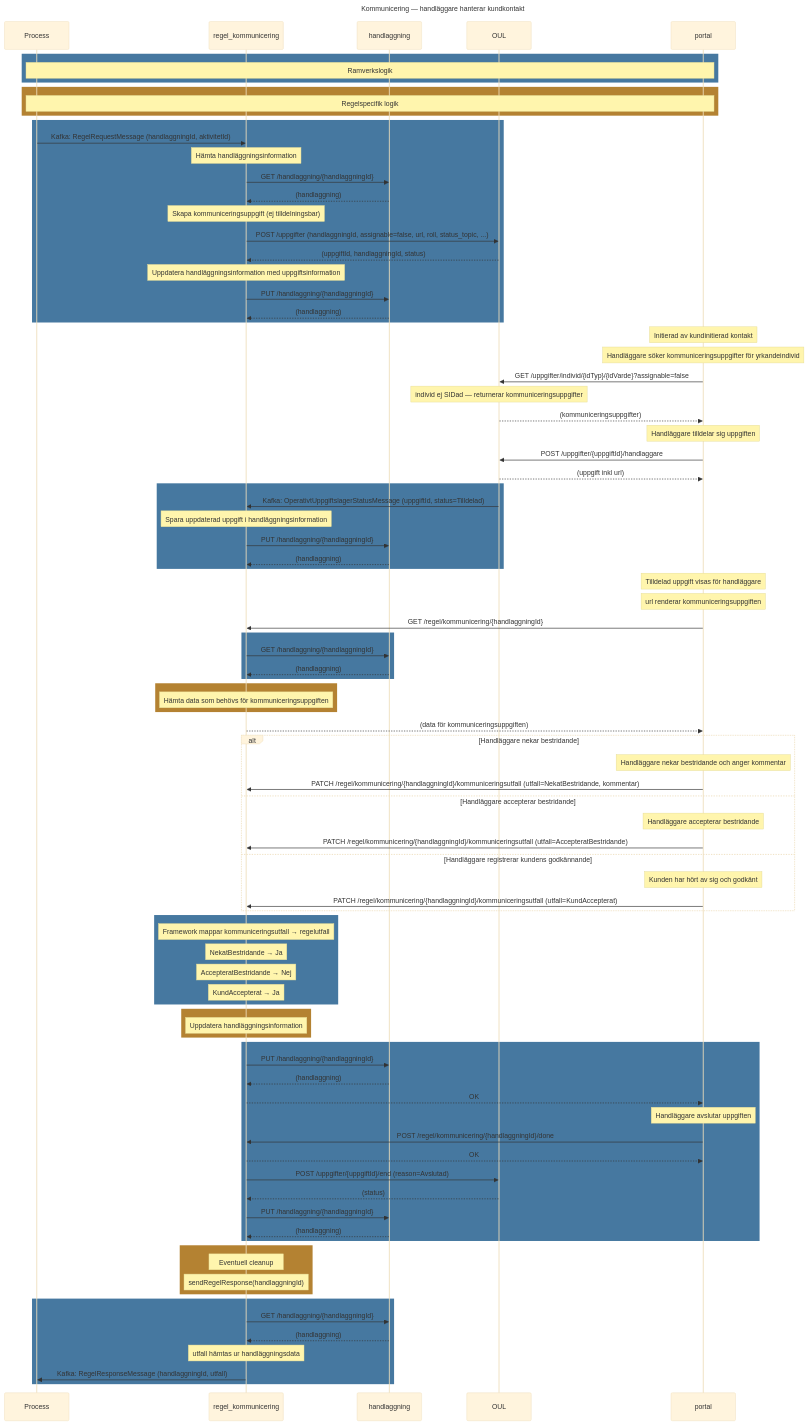
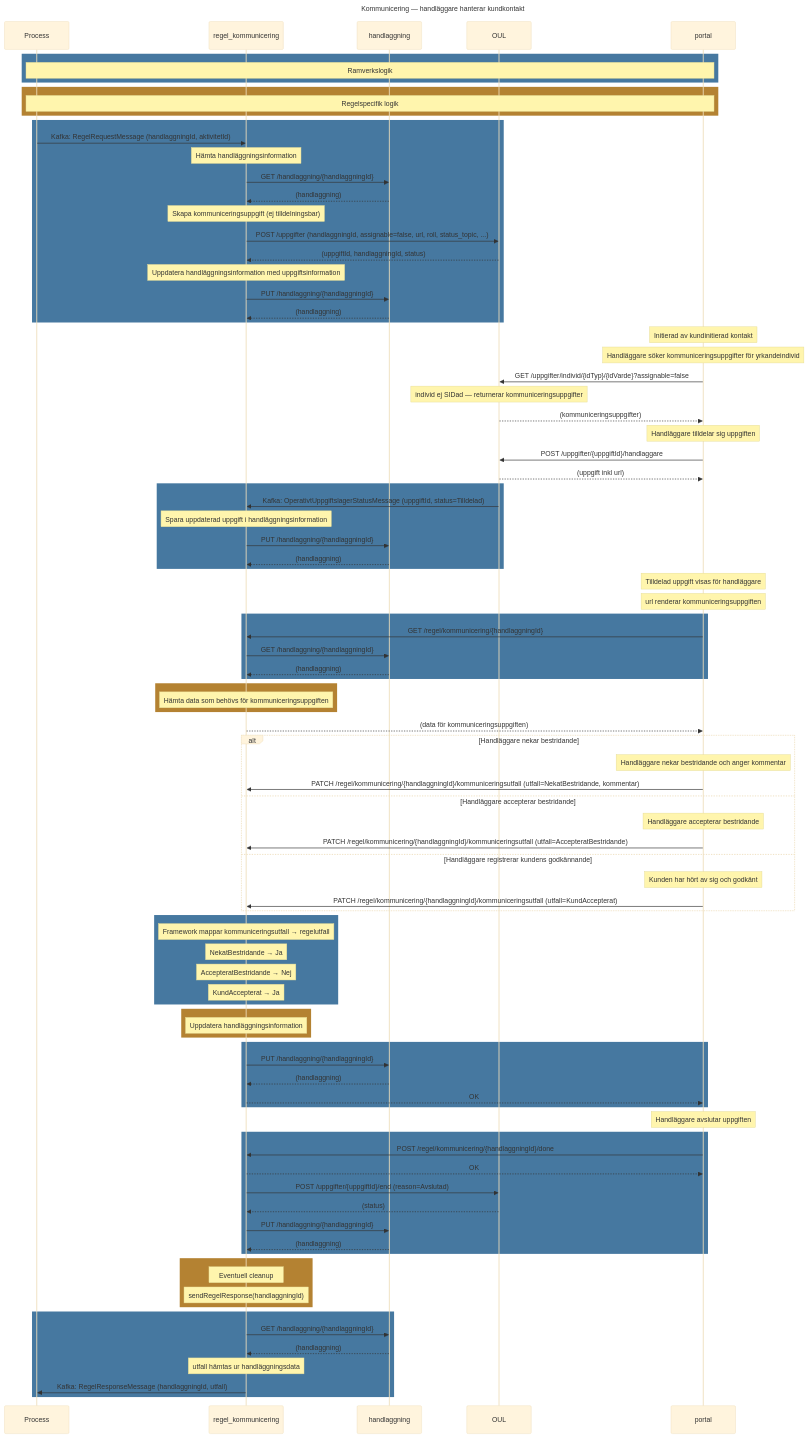
One commit to Forsakringskassan/rimfrost changed the diagram in sequences/kommunicering/kommunicering_handlaggare_hanterar_kundkontakt.mmd. Above: the diagram before and after it, drawn with Mermaid (base theme). The commit also changed 2 other files, not shown here.

```diff
--- a/sequences/kommunicering/kommunicering_handlaggare_hanterar_kundkontakt.mmd
+++ b/sequences/kommunicering/kommunicering_handlaggare_hanterar_kundkontakt.mmd
@@ -1,118 +1,120 @@
 sequenceDiagram
     title Kommunicering — handläggare hanterar kundkontakt
 
     participant Process
     participant regel_kommunicering
     participant handlaggning
     participant OUL
     participant portal
 
 rect rgb(70, 120, 160)
     note over Process,portal: Ramverkslogik
 end
 rect rgb(180, 130, 50)
     note over Process,portal: Regelspecifik logik
 end
 
 rect rgb(70, 120, 160)
     Process ->> regel_kommunicering: Kafka: RegelRequestMessage (handlaggningId, aktivitetId)
 
     note over regel_kommunicering: Hämta handläggningsinformation
     regel_kommunicering ->> handlaggning: GET /handlaggning/{handlaggningId}
     handlaggning -->> regel_kommunicering: (handlaggning)
 
     note over regel_kommunicering: Skapa kommuniceringsuppgift (ej tilldelningsbar)
     regel_kommunicering ->> OUL: POST /uppgifter (handlaggningId, assignable=false, url, roll, status_topic, ...)
     OUL -->> regel_kommunicering: (uppgiftId, handlaggningId, status)
 
     note over regel_kommunicering: Uppdatera handläggningsinformation med uppgiftsinformation
     regel_kommunicering ->> handlaggning: PUT /handlaggning/{handlaggningId}
     handlaggning -->> regel_kommunicering: (handlaggning)
 end
 
     note over portal: Initierad av kundinitierad kontakt
 
     note over portal: Handläggare söker kommuniceringsuppgifter för yrkandeindivid
     portal ->> OUL: GET /uppgifter/individ/{idTyp}/{idVarde}?assignable=false
 
     note over OUL: individ ej SIDad — returnerar kommuniceringsuppgifter
     OUL -->> portal: (kommuniceringsuppgifter)
 
     note over portal: Handläggare tilldelar sig uppgiften
     portal ->> OUL: POST /uppgifter/{uppgiftId}/handlaggare
     OUL -->> portal: (uppgift inkl url)
 
 rect rgb(70, 120, 160)
     OUL ->> regel_kommunicering: Kafka: OperativtUppgiftslagerStatusMessage (uppgiftId, status=Tilldelad)
 
     note over regel_kommunicering: Spara uppdaterad uppgift i handläggningsinformation
     regel_kommunicering ->> handlaggning: PUT /handlaggning/{handlaggningId}
     handlaggning -->> regel_kommunicering: (handlaggning)
 end
 
     note over portal: Tilldelad uppgift visas för handläggare
     note over portal: url renderar kommuniceringsuppgiften
 
+rect rgb(70, 120, 160)
     portal ->> regel_kommunicering: GET /regel/kommunicering/{handlaggningId}
-
-rect rgb(70, 120, 160)
     regel_kommunicering ->> handlaggning: GET /handlaggning/{handlaggningId}
     handlaggning -->> regel_kommunicering: (handlaggning)
 end
 
 rect rgb(180, 130, 50)
     note over regel_kommunicering: Hämta data som behövs för kommuniceringsuppgiften
 end
 
     regel_kommunicering -->> portal: (data för kommuniceringsuppgiften)
 
 alt Handläggare nekar bestridande
     note over portal: Handläggare nekar bestridande och anger kommentar
     portal ->> regel_kommunicering: PATCH /regel/kommunicering/{handlaggningId}/kommuniceringsutfall (utfall=NekatBestridande, kommentar)
 else Handläggare accepterar bestridande
     note over portal: Handläggare accepterar bestridande
     portal ->> regel_kommunicering: PATCH /regel/kommunicering/{handlaggningId}/kommuniceringsutfall (utfall=AccepteratBestridande)
 else Handläggare registrerar kundens godkännande
     note over portal: Kunden har hört av sig och godkänt
     portal ->> regel_kommunicering: PATCH /regel/kommunicering/{handlaggningId}/kommuniceringsutfall (utfall=KundAccepterat)
 end
 
 rect rgb(70, 120, 160)
     note over regel_kommunicering: Framework mappar kommuniceringsutfall → regelutfall
     note over regel_kommunicering: NekatBestridande → Ja
     note over regel_kommunicering: AccepteratBestridande → Nej
     note over regel_kommunicering: KundAccepterat → Ja
 end
 
 rect rgb(180, 130, 50)
     note over regel_kommunicering: Uppdatera handläggningsinformation
 end
 
 rect rgb(70, 120, 160)
     regel_kommunicering ->> handlaggning: PUT /handlaggning/{handlaggningId}
     handlaggning -->> regel_kommunicering: (handlaggning)
 
     regel_kommunicering -->> portal: OK
+end
 
     note over portal: Handläggare avslutar uppgiften
+
+rect rgb(70, 120, 160)
     portal ->> regel_kommunicering: POST /regel/kommunicering/{handlaggningId}/done
     regel_kommunicering -->> portal: OK
 
     regel_kommunicering ->> OUL: POST /uppgifter/{uppgiftId}/end (reason=Avslutad)
     OUL -->> regel_kommunicering: (status)
 
     regel_kommunicering ->> handlaggning: PUT /handlaggning/{handlaggningId}
     handlaggning -->> regel_kommunicering: (handlaggning)
 end
 
 rect rgb(180, 130, 50)
     note over regel_kommunicering: Eventuell cleanup
     note over regel_kommunicering: sendRegelResponse(handlaggningId)
 end
 
 rect rgb(70, 120, 160)
     regel_kommunicering ->> handlaggning: GET /handlaggning/{handlaggningId}
     handlaggning -->> regel_kommunicering: (handlaggning)
     note over regel_kommunicering: utfall hämtas ur handläggningsdata
     regel_kommunicering ->> Process: Kafka: RegelResponseMessage (handlaggningId, utfall)
 end
```
